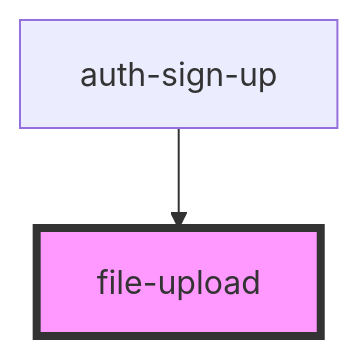
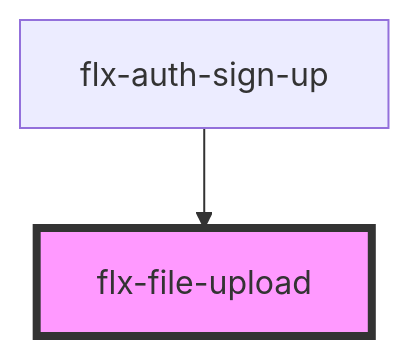
One commit to Scan0815/felix-core changed the diagram in src/components/file/upload/readme.md. Above: the diagram before and after it, drawn with Mermaid. The commit also changed other lines of this file and 16 other files, not shown here.

````diff
--- a/src/components/file/upload/readme.md
+++ b/src/components/file/upload/readme.md
@@ -31,5 +31,5 @@
 ```mermaid
 graph TD;
-  auth-sign-up --> file-upload
-  style file-upload fill:#f9f,stroke:#333,stroke-width:4px
+  flx-auth-sign-up --> flx-file-upload
+  style flx-file-upload fill:#f9f,stroke:#333,stroke-width:4px
 ```
````
